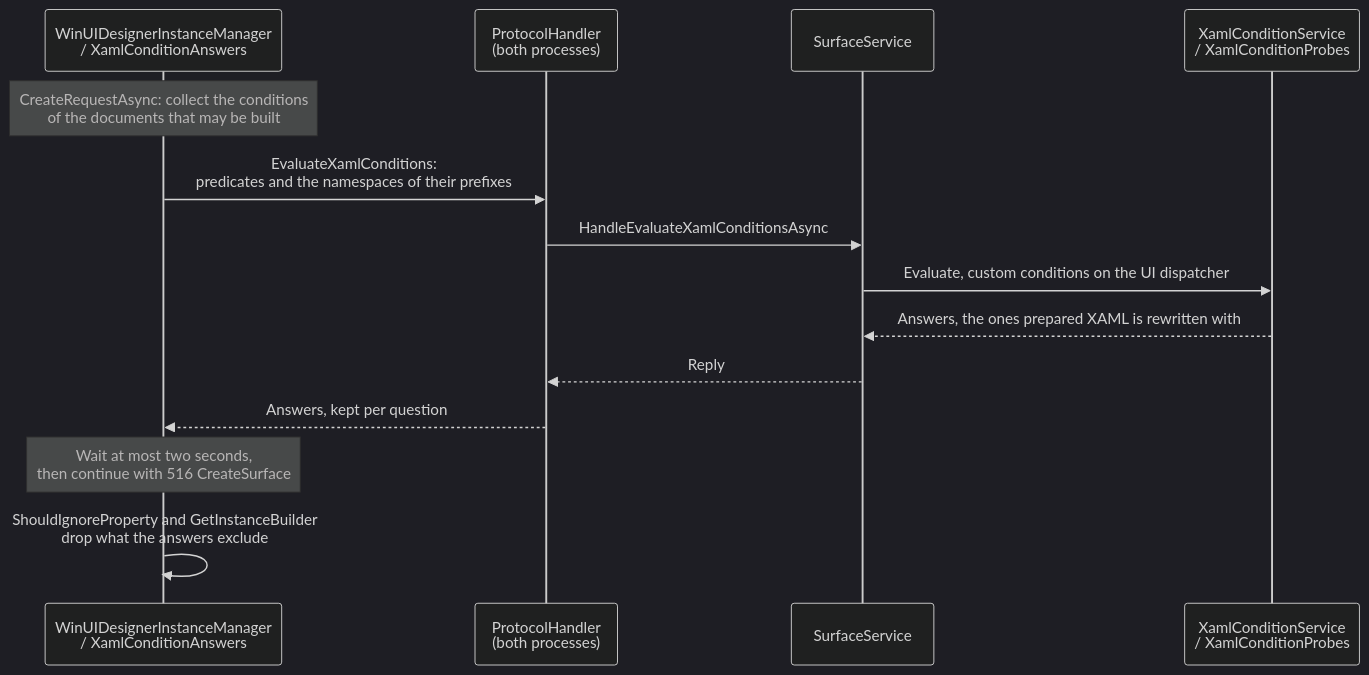
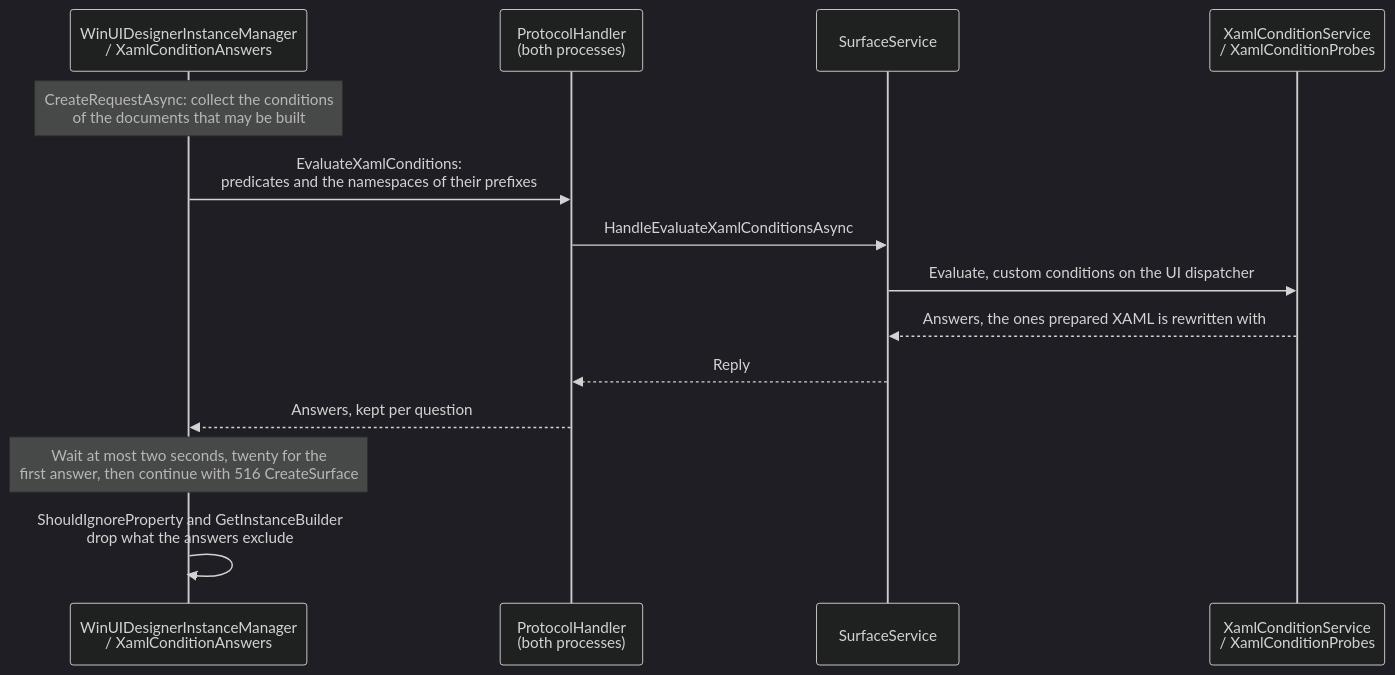
Before and after one commit to 0x5bfa/WinUIDesigner: the second of 5 diagrams in docs/winui-designer.md, drawn with Mermaid (dark theme). The commit also changed other lines of this file and 5 other files, not shown here.

````diff
--- a/docs/winui-designer.md
+++ b/docs/winui-designer.md
@@ -210,16 +210,16 @@
 ```mermaid
 sequenceDiagram
     participant Manager as WinUIDesignerInstanceManager<br/>/ XamlConditionAnswers
     participant Protocol as ProtocolHandler<br/>(both processes)
     participant Service as SurfaceService
     participant Conditions as XamlConditionService<br/>/ XamlConditionProbes
     Note over Manager: CreateRequestAsync: collect the conditions<br/>of the documents that may be built
     Manager->>Protocol: EvaluateXamlConditions:<br/>predicates and the namespaces of their prefixes
     Protocol->>Service: HandleEvaluateXamlConditionsAsync
     Service->>Conditions: Evaluate, custom conditions on the UI dispatcher
     Conditions-->>Service: Answers, the ones prepared XAML is rewritten with
     Service-->>Protocol: Reply
     Protocol-->>Manager: Answers, kept per question
-    Note over Manager: Wait at most two seconds,<br/>then continue with 516 CreateSurface
+    Note over Manager: Wait at most two seconds, twenty for the<br/>first answer, then continue with 516 CreateSurface
     Manager->>Manager: ShouldIgnoreProperty and GetInstanceBuilder<br/>drop what the answers exclude
 ```
````
